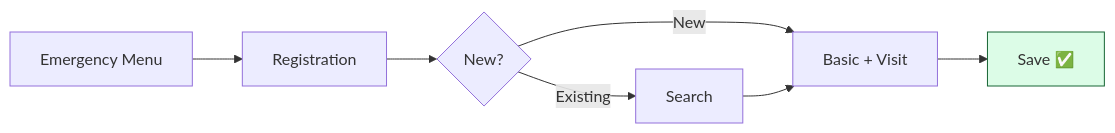
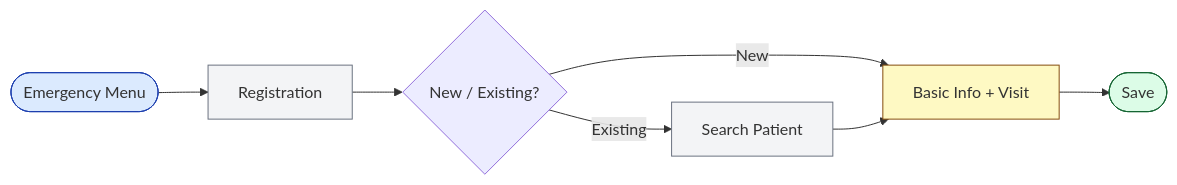
The diagram in public/charts/emergency-registration.mmd (npnatt12/KMCH-HIS-Wiki), drawn with Mermaid before and after one commit. The commit also changed 96 other files, not shown here.

First line of the commit message:
feat(portal): Phase 2 complete — cheat sheets, charts, and routes

```diff
--- a/public/charts/emergency-registration.mmd
+++ b/public/charts/emergency-registration.mmd
@@ -1,8 +1,12 @@
 graph LR
-  A[Emergency Menu] --> B[Registration]
-  B --> C{New?}
-  C -->|New| D[Basic + Visit]
-  C -->|Existing| E[Search]
+  A([Emergency Menu]) --> B[Registration]
+  B --> C{New / Existing?}
+  C -->|New| D[Basic Info + Visit]
+  C -->|Existing| E[Search Patient]
   E --> D
-  D --> F[Save ✅]
+  D --> F([Save])
+  style A fill:#dbeafe,stroke:#1e40af
+  style B fill:#f3f4f6,stroke:#6b7280
+  style D fill:#fef9c3,stroke:#854d0e
+  style E fill:#f3f4f6,stroke:#6b7280
   style F fill:#dcfce7,stroke:#166534
```
